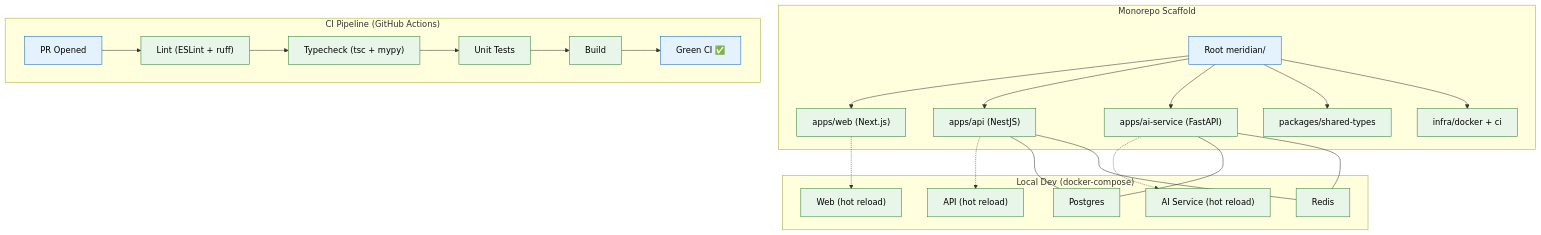
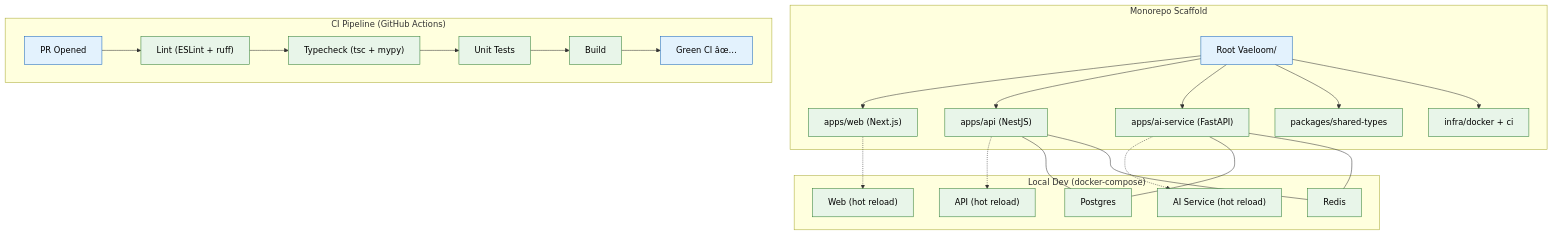
Before and after one commit to Driftloom/Vaeloom: the diagram in Docs/Engineering/Implementation/01-foundation-infra.md, drawn with Mermaid. The commit also changed other lines of this file and 249 other files, not shown here.

Commit message:
Rename all references from Meridian to Vaeloom across docs, scripts, and config

````diff
--- a/Docs/Engineering/Implementation/01-foundation-infra.md
+++ b/Docs/Engineering/Implementation/01-foundation-infra.md
@@ -24,37 +24,37 @@
 ```mermaid
 graph TD
     classDef primary fill:#e3f2fd,stroke:#1565c0,color:#000
     classDef secondary fill:#e8f5e9,stroke:#2e7d32,color:#000
 
     subgraph Repo["Monorepo Scaffold"]
-        A["Root meridian/"]:::primary --> B["apps/web (Next.js)"]:::secondary
+        A["Root Vaeloom/"]:::primary --> B["apps/web (Next.js)"]:::secondary
         A --> C["apps/api (NestJS)"]:::secondary
         A --> D["apps/ai-service (FastAPI)"]:::secondary
         A --> E["packages/shared-types"]:::secondary
         A --> F["infra/docker + ci"]:::secondary
     end
 
     subgraph CI["CI Pipeline (GitHub Actions)"]
         G["PR Opened"]:::primary --> H["Lint (ESLint + ruff)"]:::secondary
         H --> I["Typecheck (tsc + mypy)"]:::secondary
         I --> J["Unit Tests"]:::secondary
         J --> K["Build"]:::secondary
-        K --> L["Green CI ✅"]:::primary
+        K --> L["Green CI âœ…"]:::primary
     end
 
     subgraph Local["Local Dev (docker-compose)"]
         M["Postgres"]:::secondary
         N["Redis"]:::secondary
         O["Web (hot reload)"]:::secondary
         P["API (hot reload)"]:::secondary
         Q["AI Service (hot reload)"]:::secondary
     end
 
     B -.-> O
     C -.-> P
     D -.-> Q
     C --- M
     C --- N
     D --- M
     D --- N
 ```
````
